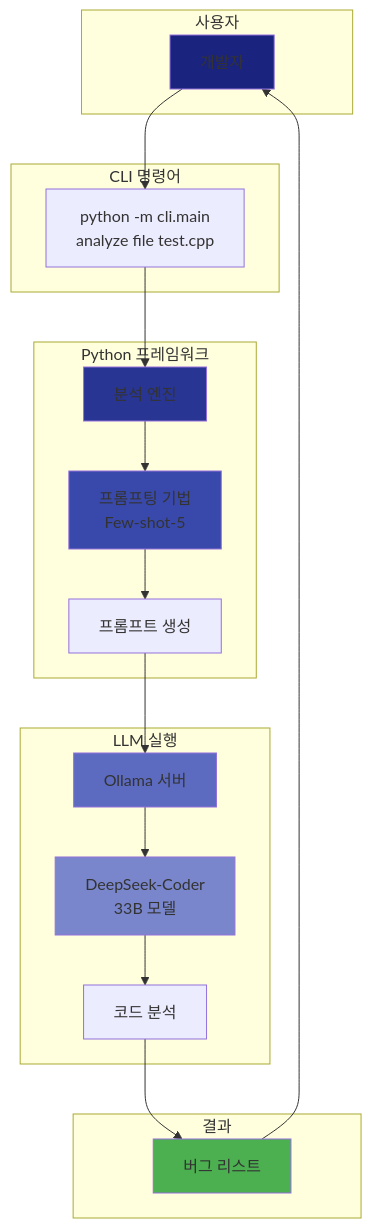
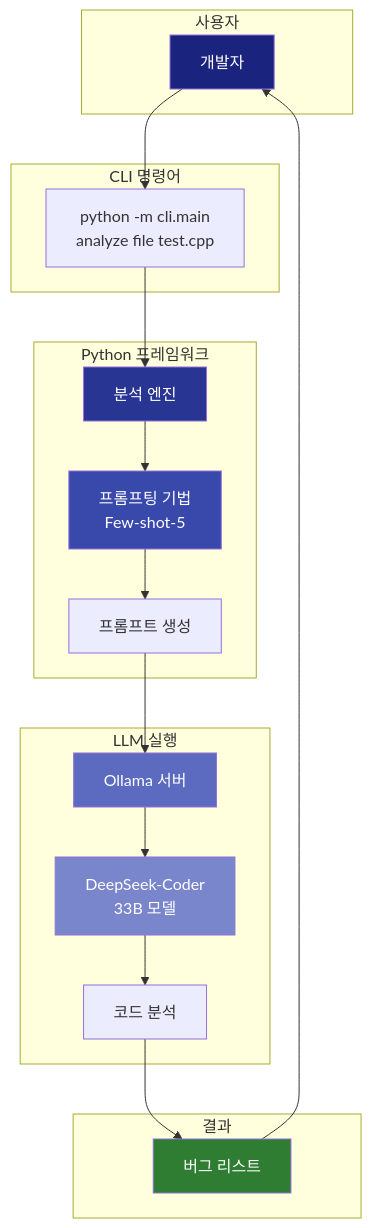
The third of 6 diagrams in docs/guides/getting-started/01-introduction.md (ApeachM/llm-code-reviewer), drawn with Mermaid before and after one commit. The commit also changed other lines of this file and 2 other files, not shown here.

First line of the commit message:
docs: Update Mermaid diagram colors for improved dark theme readability

````diff
--- a/docs/guides/getting-started/01-introduction.md
+++ b/docs/guides/getting-started/01-introduction.md
@@ -206,34 +206,34 @@
 ```mermaid
 graph TB
     subgraph "사용자"
         User[개발자]
     end
 
     subgraph "CLI 명령어"
         User --> CMD[python -m cli.main<br/>analyze file test.cpp]
     end
 
     subgraph "Python 프레임워크"
         CMD --> Framework[분석 엔진]
         Framework --> Tech[프롬프팅 기법<br/>Few-shot-5]
         Tech --> Prompt[프롬프트 생성]
     end
 
     subgraph "LLM 실행"
         Prompt --> Ollama[Ollama 서버]
         Ollama --> Model[DeepSeek-Coder<br/>33B 모델]
         Model --> Analysis[코드 분석]
     end
 
     subgraph "결과"
         Analysis --> Result[버그 리스트]
         Result --> User
     end
 
-    style User fill:#1a237e
-    style Framework fill:#283593
-    style Tech fill:#3949ab
-    style Ollama fill:#5c6bc0
-    style Model fill:#7986cb
-    style Result fill:#4caf50
+    style User fill:#1a237e,color:#fff
+    style Framework fill:#283593,color:#fff
+    style Tech fill:#3949ab,color:#fff
+    style Ollama fill:#5c6bc0,color:#fff
+    style Model fill:#7986cb,color:#fff
+    style Result fill:#2e7d32,color:#fff
 ```
````
